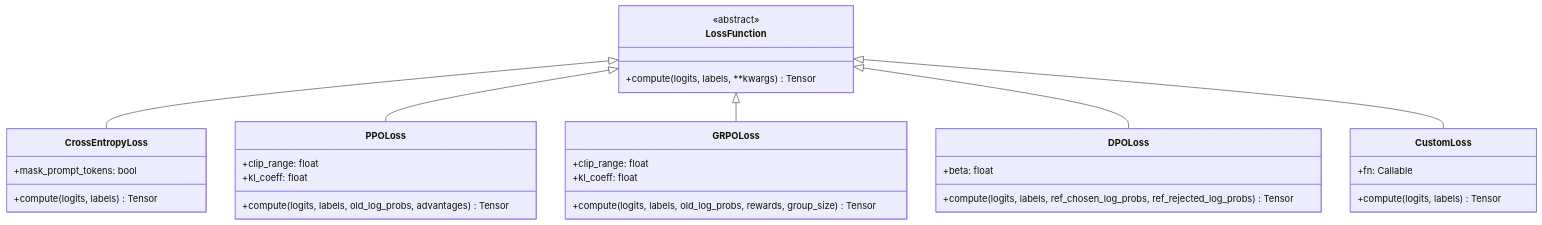
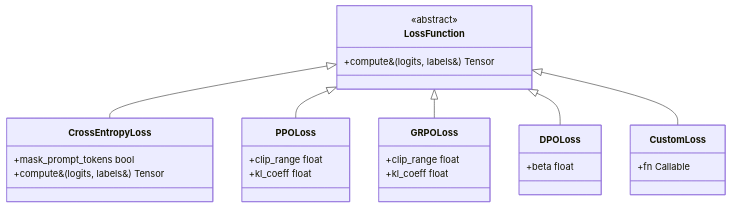
One commit to josephgec/finetuning changed the fourth of 5 diagrams in README.md. Above: the diagram before and after it, drawn with Mermaid. The commit also changed other lines of this file, not shown here.

First line of the commit message:
Fix Mermaid diagram syntax errors in README

````diff
--- a/README.md
+++ b/README.md
@@ -103,35 +103,31 @@
 ```mermaid
 classDiagram
     class LossFunction {
         <<abstract>>
-        +compute(logits, labels, **kwargs) Tensor
+        +compute&#40;logits, labels&#41; Tensor
     }
     class CrossEntropyLoss {
-        +mask_prompt_tokens: bool
-        +compute(logits, labels) Tensor
+        +mask_prompt_tokens bool
+        +compute&#40;logits, labels&#41; Tensor
     }
     class PPOLoss {
-        +clip_range: float
-        +kl_coeff: float
-        +compute(logits, labels, old_log_probs, advantages) Tensor
+        +clip_range float
+        +kl_coeff float
     }
     class GRPOLoss {
-        +clip_range: float
-        +kl_coeff: float
-        +compute(logits, labels, old_log_probs, rewards, group_size) Tensor
+        +clip_range float
+        +kl_coeff float
     }
     class DPOLoss {
-        +beta: float
-        +compute(logits, labels, ref_chosen_log_probs, ref_rejected_log_probs) Tensor
+        +beta float
     }
     class CustomLoss {
-        +fn: Callable
-        +compute(logits, labels) Tensor
+        +fn Callable
     }
 
     LossFunction <|-- CrossEntropyLoss
     LossFunction <|-- PPOLoss
     LossFunction <|-- GRPOLoss
     LossFunction <|-- DPOLoss
     LossFunction <|-- CustomLoss
 ```
````
